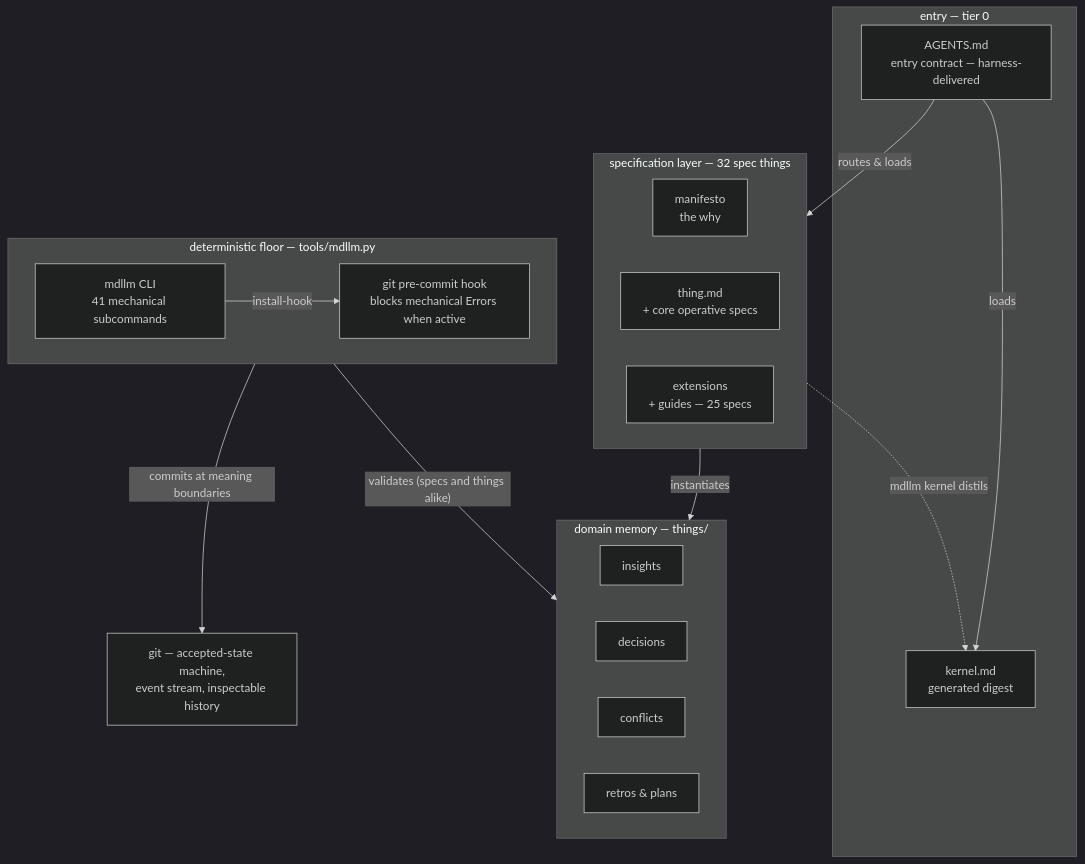
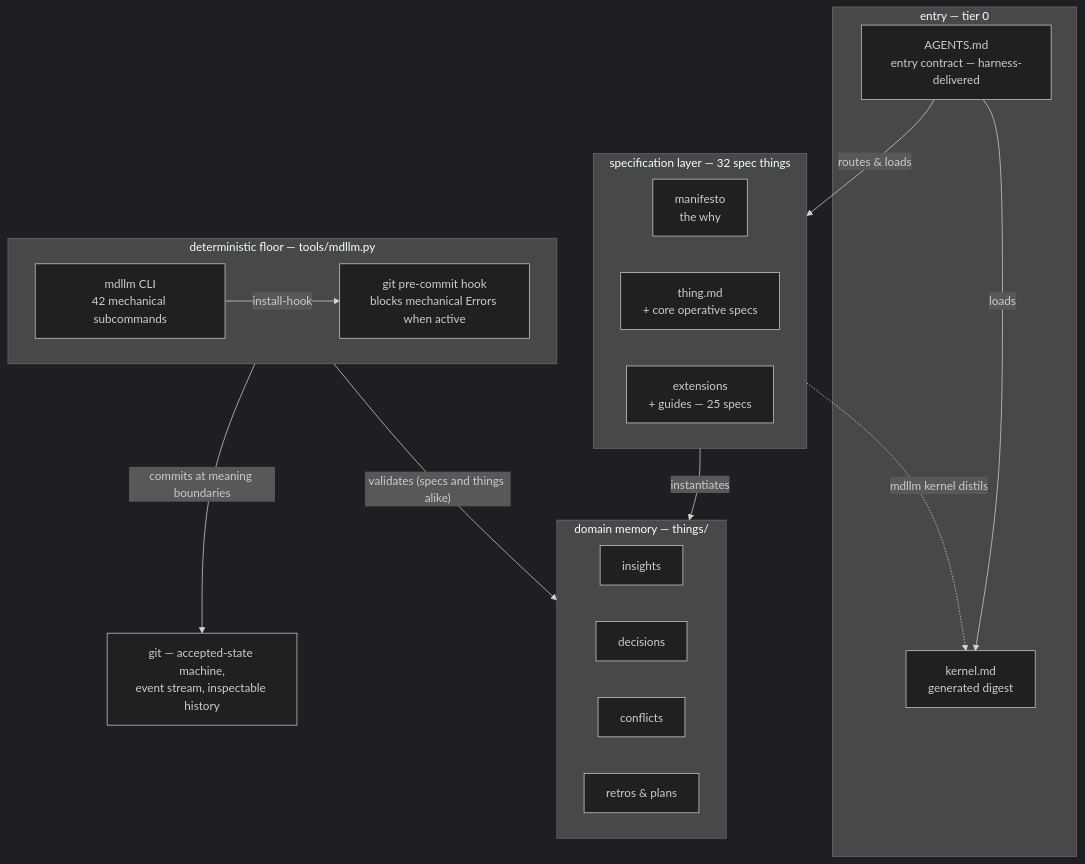
One commit to JanoshMoshiri/MarkdownLLM changed the first of 5 diagrams in docs/framework-map.md. Above: the diagram before and after it, drawn with Mermaid (dark theme). The commit also changed other lines of this file and 27 other files, not shown here.

````diff
--- a/docs/framework-map.md
+++ b/docs/framework-map.md
@@ -63,49 +63,49 @@
 ```mermaid
 flowchart TD
     accTitle: View 1 - the five bands of the framework, read top-down as a session's life
     accDescr {
         Five stacked bands. The entry band, tier 0, holds AGENTS.md as the
         harness-delivered entry contract and kernel.md as a generated digest. Below
         it the specification layer holds 32 spec things: the manifesto for the
         why, thing.md with the core operative specs, and 25 extension and guide
         specs. Below that, domain memory in the things directory holds insights,
         decisions, conflicts, retrospectives and plans. Below that, the
-        deterministic floor is tools/mdllm.py, providing the mdllm CLI with 41
+        deterministic floor is tools/mdllm.py, providing the mdllm CLI with 42
         mechanical subcommands and a git pre-commit hook that, when current and
         runnable, blocks commits with mechanical Errors. At the base, git is
         the accepted-state machine, event stream and inspectable audit aid.
         The edges run as follows. AGENTS.md loads the kernel and routes
         to the specs. The specs distil back up into the kernel via mdllm
         kernel, which is why that one edge points upward. The specs instantiate
         domain memory. The CLI installs the hook. The floor validates memory,
         specs and things alike, and commits at meaning boundaries into git.
     }
     subgraph entry ["entry — tier 0"]
         AGENTS["AGENTS.md<br/>entry contract — harness-delivered"]
         KERNEL["kernel.md<br/>generated digest"]
     end
     subgraph specs ["specification layer — 32 spec things"]
         MANIFESTO["manifesto<br/>the why"]
         THING["thing.md<br/>+ core operative specs"]
         EXT["extensions<br/>+ guides — 25 specs"]
     end
     subgraph memory ["domain memory — things/"]
         INSIGHTS["insights"]
         DECISIONS["decisions"]
         CONFLICTS["conflicts"]
         RETROS["retros & plans"]
     end
     subgraph floor ["deterministic floor — tools/mdllm.py"]
-        MDLLM["mdllm CLI<br/>41 mechanical subcommands"]
+        MDLLM["mdllm CLI<br/>42 mechanical subcommands"]
         HOOK["git pre-commit hook<br/>blocks mechanical Errors when active"]
     end
     GIT["git — accepted-state machine,<br/>event stream, inspectable history"]
 
     AGENTS -->|loads| KERNEL
     AGENTS -->|routes & loads| specs
     specs -.->|"mdllm kernel distils"| KERNEL
     specs -->|instantiates| memory
     MDLLM -->|install-hook| HOOK
     floor -->|"validates (specs and things alike)"| memory
     floor -->|commits at meaning boundaries| GIT
 ```
````
